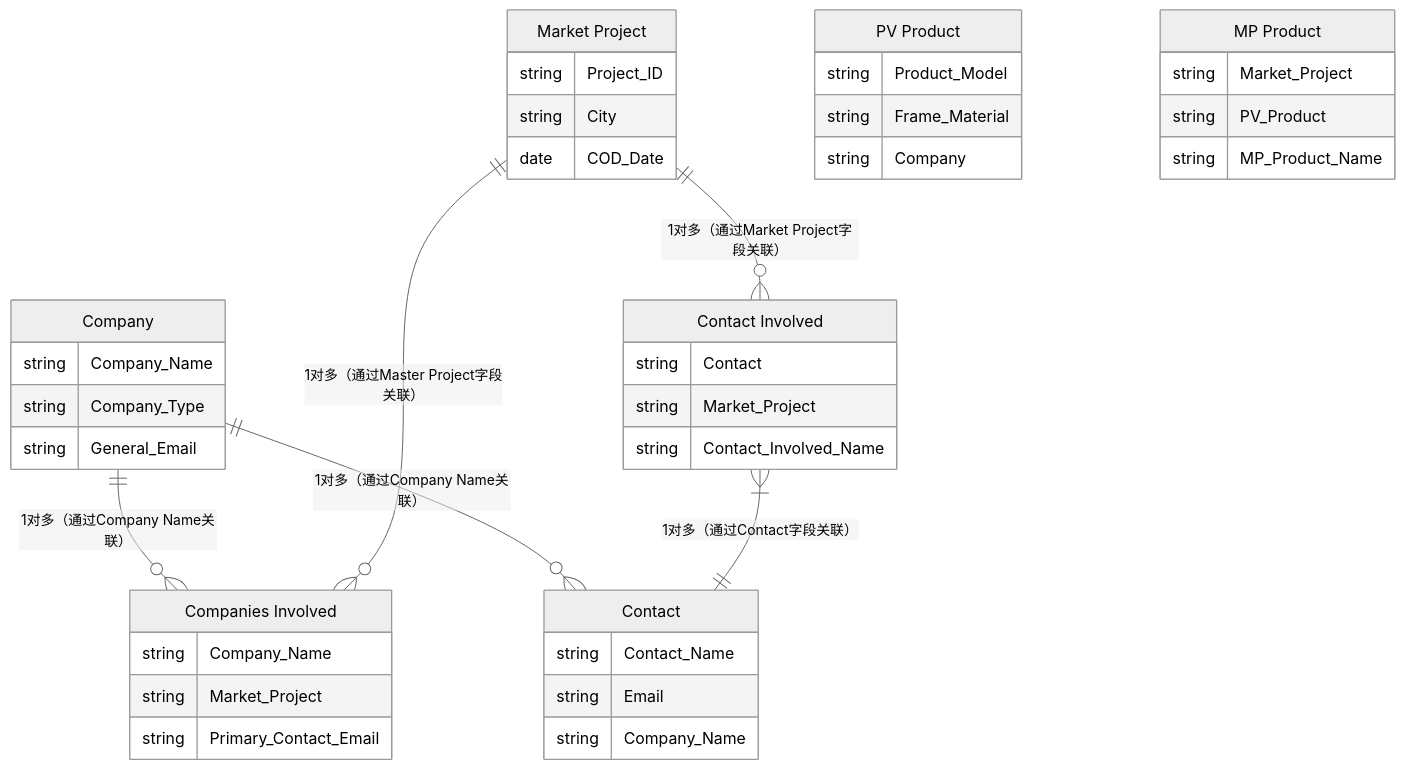
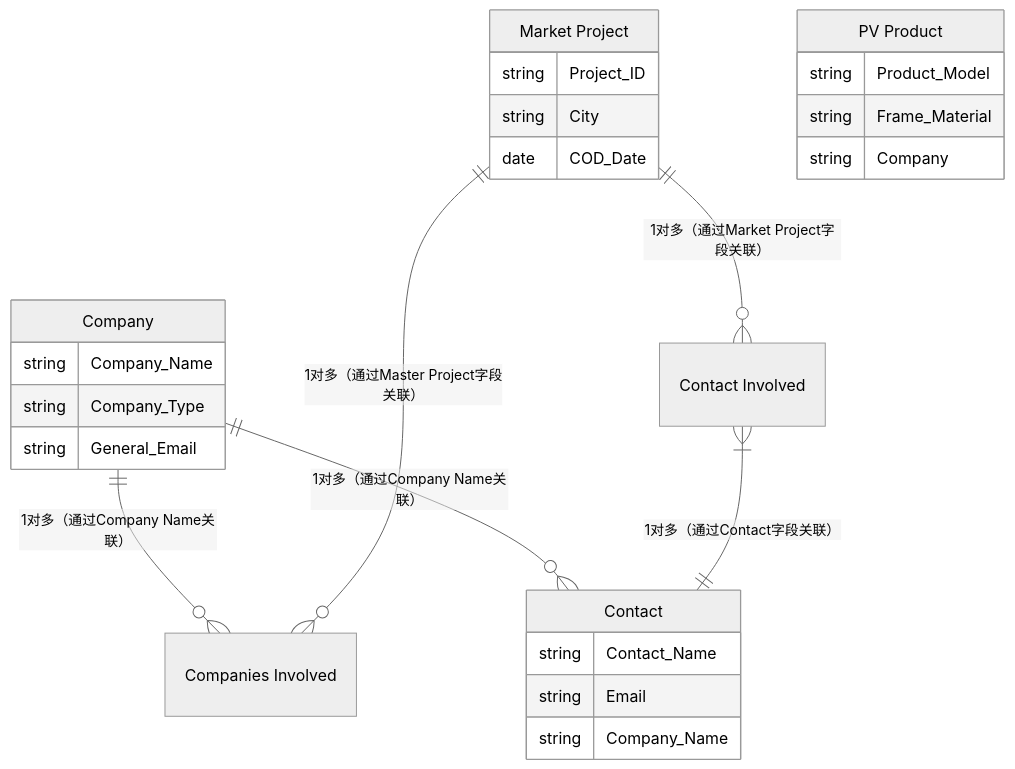
One commit to zhangziru-33/iodraw-files changed the diagram in all/Norden数据E-R图(7个对象，+contact).md. Above: the diagram before and after it, drawn with Mermaid (neutral theme).

Commit message:
2025-12-04 14:31:01 update

````diff
--- a/all/Norden数据E-R图(7个对象，+contact).md
+++ b/all/Norden数据E-R图(7个对象，+contact).md
@@ -1,52 +1,38 @@
 ```mermaid
 erDiagram
+
     %% -- 核心主实体优先声明，放在左侧/顶部
     Company {
         string Company_Name
         string Company_Type
         string General_Email
     }
     "Market Project" {
         string Project_ID
         string City
         date COD_Date
     }
 
     %% -- 关联实体次之，围绕主实体排布
     Contact {
         string Contact_Name
         string Email
         string Company_Name
     }
     "PV Product" {
         string Product_Model
         string Frame_Material
         string Company
     }
 
-    %% -- 中间关联层最后声明，放在右侧/底部
-    "Companies Involved" {
-        string Company_Name
-        string Market_Project
-        string Primary_Contact_Email
-    }
-    "Contact Involved" {
-        string Contact
-        string Market_Project
-        string Contact_Involved_Name
-    }
-    "MP Product" {
-        string Market_Project
-        string PV_Product
-        string MP_Product_Name
-    }
+    
     Company ||--o{ "Companies Involved" : "1对多（通过Company Name关联）"
     %% Company ||--o{ "PV Product" : "1对多（通过Company字段关联）"
     Company ||--o{ "Contact" : "1对多（通过Company Name关联）"
     "Market Project" ||--o{ "Companies Involved" : "1对多（通过Master Project字段关联）"
     "Market Project" ||--o{ "Contact Involved" : "1对多（通过Market Project字段关联）"
     %% "Market Project" ||--o{ "MP Product" : "1对多（通过Market Project字段关联）"
     %% "MP Product" }|--|| "PV Product" : "多对1（通过产品参数关联，如Frame Material）"
     "Contact Involved" }|--|| "Contact" : "1对多（通过Contact字段关联）"
     %% Contact ||--o{ "Conatct Involved" : "1对多（通过Conatct字段关联）"
 ```
````
